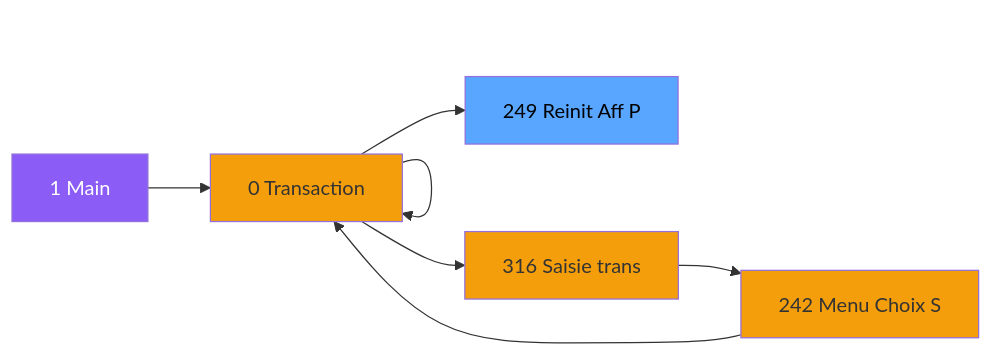
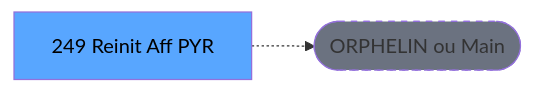
Before and after one commit to thonyAGP/lecteur-magic: the second of 3 diagrams in .openspec/specs/ADH-IDE-249.md, drawn with Mermaid. The commit also changed other lines of this file and 701 other files, not shown here.

````diff
--- a/.openspec/specs/ADH-IDE-249.md
+++ b/.openspec/specs/ADH-IDE-249.md
@@ -109,23 +117,8 @@
 ```mermaid
 graph LR
-    M[1 Main]
-    N0[0 Transaction ]
-    N0[0 Transaction ]
-    N316[316 Saisie trans]
-    N242[242 Menu Choix S]
-    N0[0 Transaction ]
-    T[249 Reinit Aff P]
-    M --> N0
-    N0 --> N0
-    N0 --> N316
-    N316 --> N242
-    N242 --> N0
-    N0 --> T
-    style M fill:#8b5cf6,color:#fff
-    style N0 fill:#f59e0b
-    style N0 fill:#f59e0b
-    style N316 fill:#f59e0b
-    style N242 fill:#f59e0b
-    style N0 fill:#f59e0b
+    T[249 Reinit Aff PYR]
+    ORPHAN([ORPHELIN ou Main])
+    T -.-> ORPHAN
     style T fill:#58a6ff,color:#000
+    style ORPHAN fill:#6b7280,stroke-dasharray: 5 5
 ```
````
